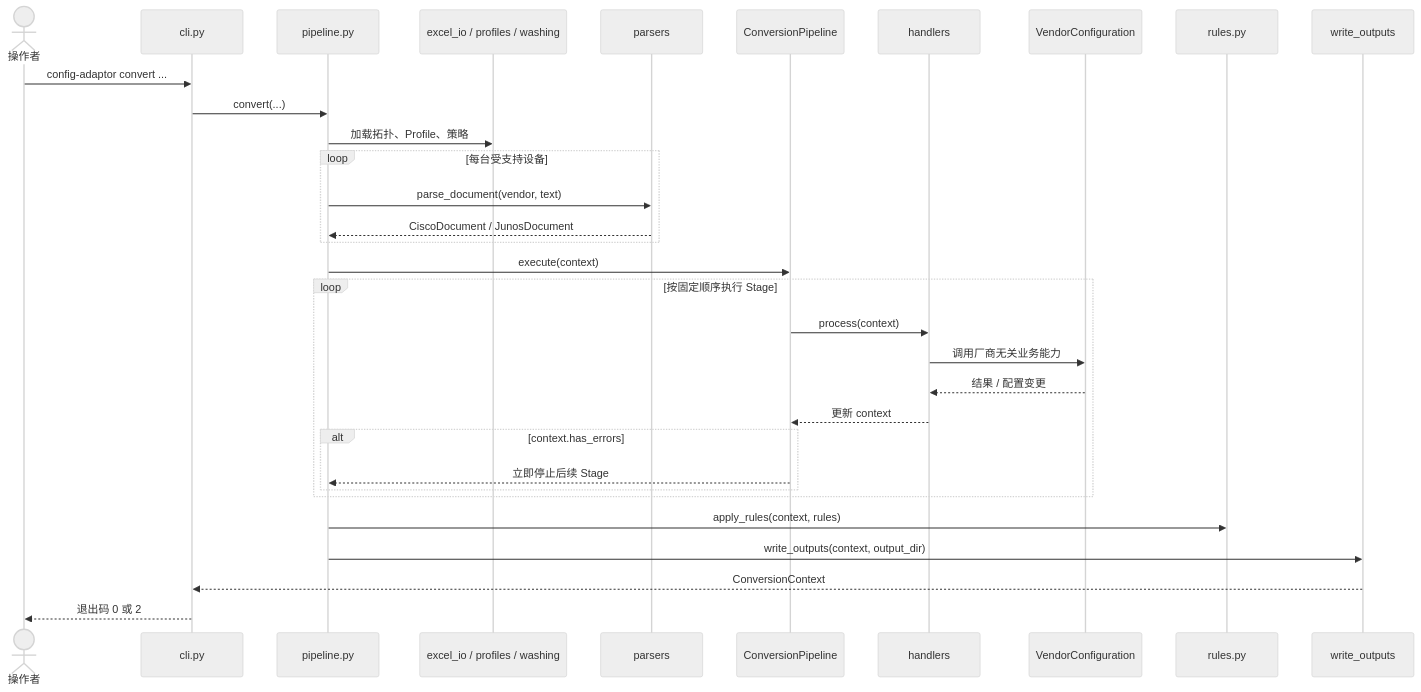
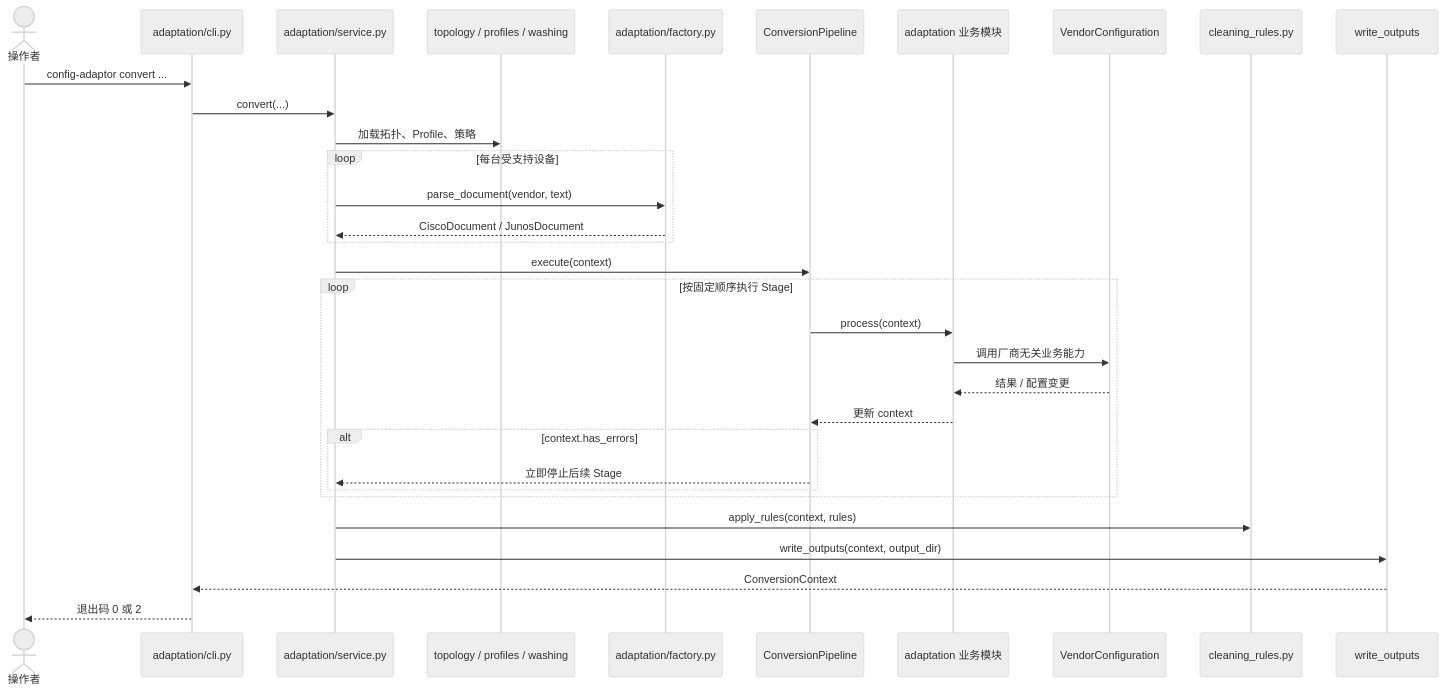
Before and after one commit to xiaobaozi01/config-mapping: the fourth of 12 diagrams in docs/onboarding-guide.md, drawn with Mermaid (neutral theme). The commit also changed other lines of this file and 8 other files, not shown here.

````diff
--- a/docs/onboarding-guide.md
+++ b/docs/onboarding-guide.md
@@ -189,35 +189,35 @@
 ```mermaid
 sequenceDiagram
     actor User as 操作者
-    participant CLI as cli.py
-    participant Entry as pipeline.py
-    participant IO as excel_io / profiles / washing
-    participant Parser as parsers
+    participant CLI as adaptation/cli.py
+    participant Entry as adaptation/service.py
+    participant IO as topology / profiles / washing
+    participant Parser as adaptation/factory.py
     participant Flow as ConversionPipeline
-    participant Stage as handlers
+    participant Stage as adaptation 业务模块
     participant Doc as VendorConfiguration
-    participant Rules as rules.py
+    participant Rules as cleaning_rules.py
     participant Output as write_outputs
 
     User->>CLI: config-adaptor convert ...
     CLI->>Entry: convert(...)
     Entry->>IO: 加载拓扑、Profile、策略
     loop 每台受支持设备
         Entry->>Parser: parse_document(vendor, text)
         Parser-->>Entry: CiscoDocument / JunosDocument
     end
     Entry->>Flow: execute(context)
     loop 按固定顺序执行 Stage
         Flow->>Stage: process(context)
         Stage->>Doc: 调用厂商无关业务能力
         Doc-->>Stage: 结果 / 配置变更
         Stage-->>Flow: 更新 context
         alt context.has_errors
             Flow-->>Entry: 立即停止后续 Stage
         end
     end
     Entry->>Rules: apply_rules(context, rules)
     Entry->>Output: write_outputs(context, output_dir)
     Output-->>CLI: ConversionContext
     CLI-->>User: 退出码 0 或 2
 ```
````
